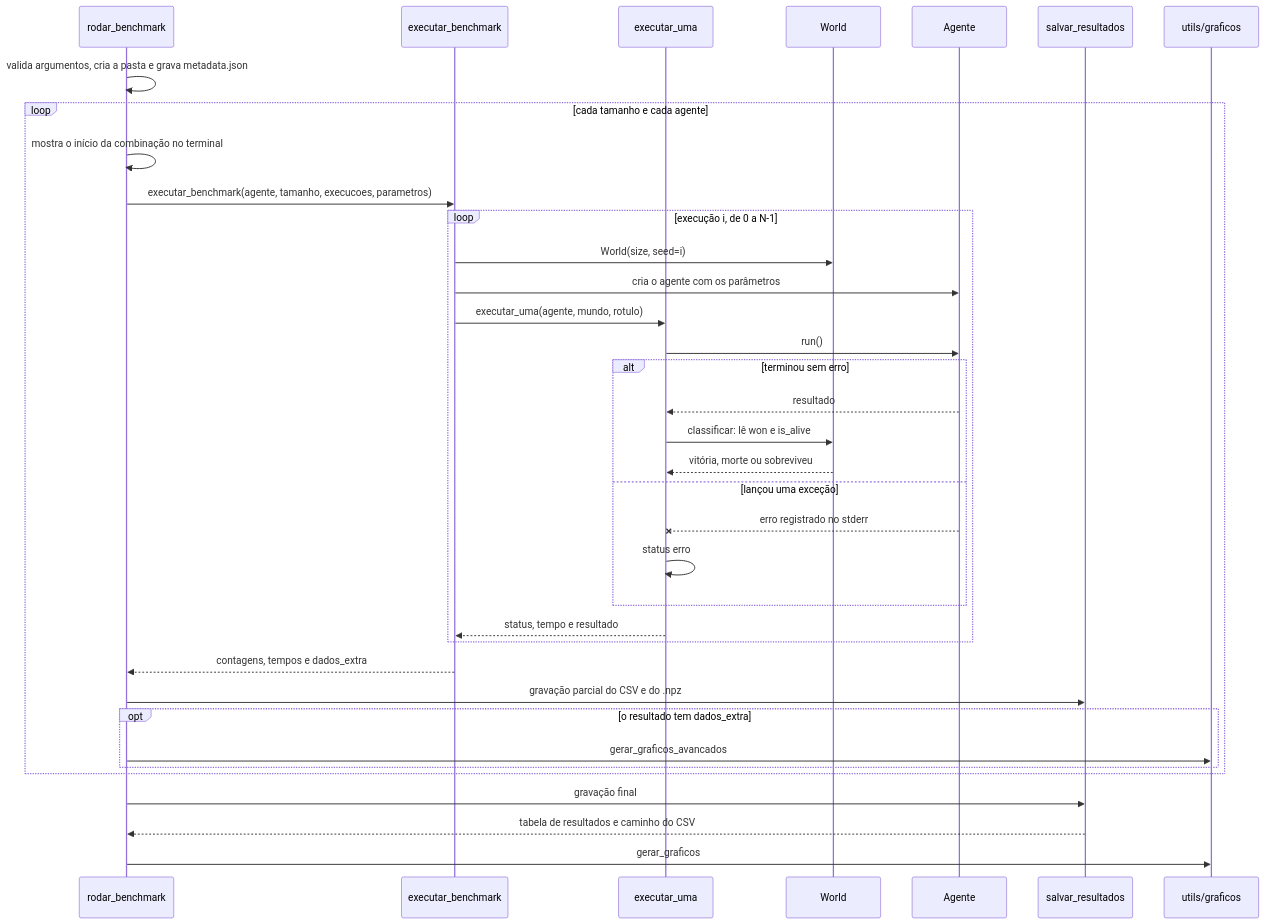
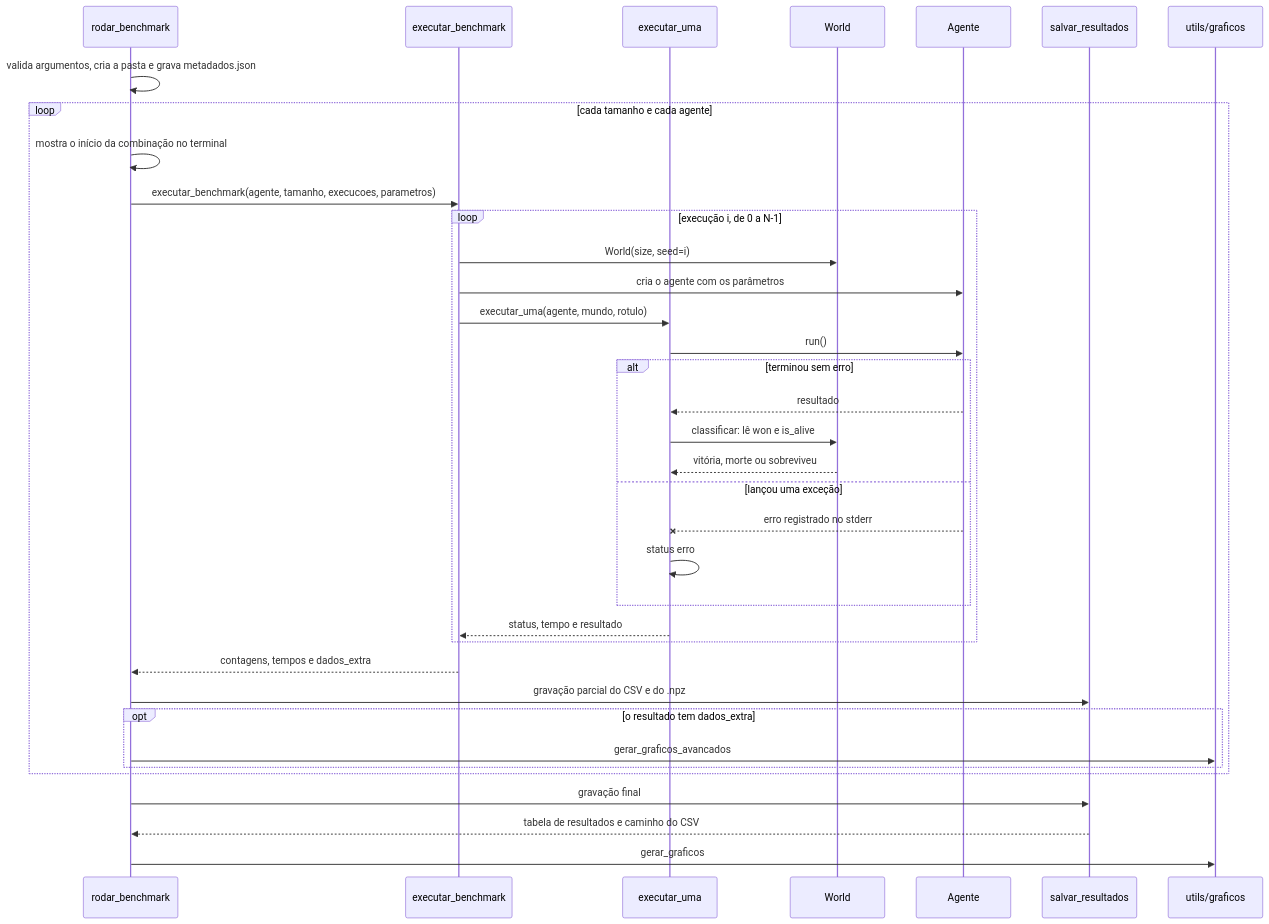
The diagram in docs/arquitetura/sequencia-benchmark.md (ingrid-kiki/wumpus_world_modular), drawn with Mermaid before and after one commit. The commit also changed other lines of this file and 11 other files, not shown here.

````diff
--- a/docs/arquitetura/sequencia-benchmark.md
+++ b/docs/arquitetura/sequencia-benchmark.md
@@ -7,41 +7,41 @@
 ```mermaid
 sequenceDiagram
     participant R as rodar_benchmark
     participant B as executar_benchmark
     participant E as executar_uma
     participant M as World
     participant A as Agente
     participant S as salvar_resultados
     participant G as utils/graficos
 
-    R->>R: valida argumentos, cria a pasta e grava metadata.json
+    R->>R: valida argumentos, cria a pasta e grava metadados.json
 
     loop cada tamanho e cada agente
         R->>R: mostra o início da combinação no terminal
         R->>B: executar_benchmark(agente, tamanho, execucoes, parametros)
         loop execução i, de 0 a N-1
             B->>M: World(size, seed=i)
             B->>A: cria o agente com os parâmetros
             B->>E: executar_uma(agente, mundo, rotulo)
             E->>A: run()
             alt terminou sem erro
                 A-->>E: resultado
                 E->>M: classificar: lê won e is_alive
                 M-->>E: vitória, morte ou sobreviveu
             else lançou uma exceção
                 A--xE: erro registrado no stderr
                 E->>E: status erro
             end
             E-->>B: status, tempo e resultado
         end
         B-->>R: contagens, tempos e dados_extra
         R->>S: gravação parcial do CSV e do .npz
         opt o resultado tem dados_extra
             R->>G: gerar_graficos_avancados
         end
     end
 
     R->>S: gravação final
     S-->>R: tabela de resultados e caminho do CSV
     R->>G: gerar_graficos
 ```
````
